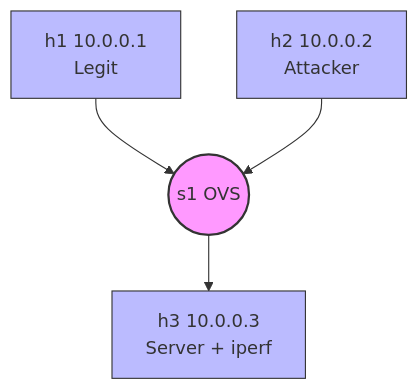
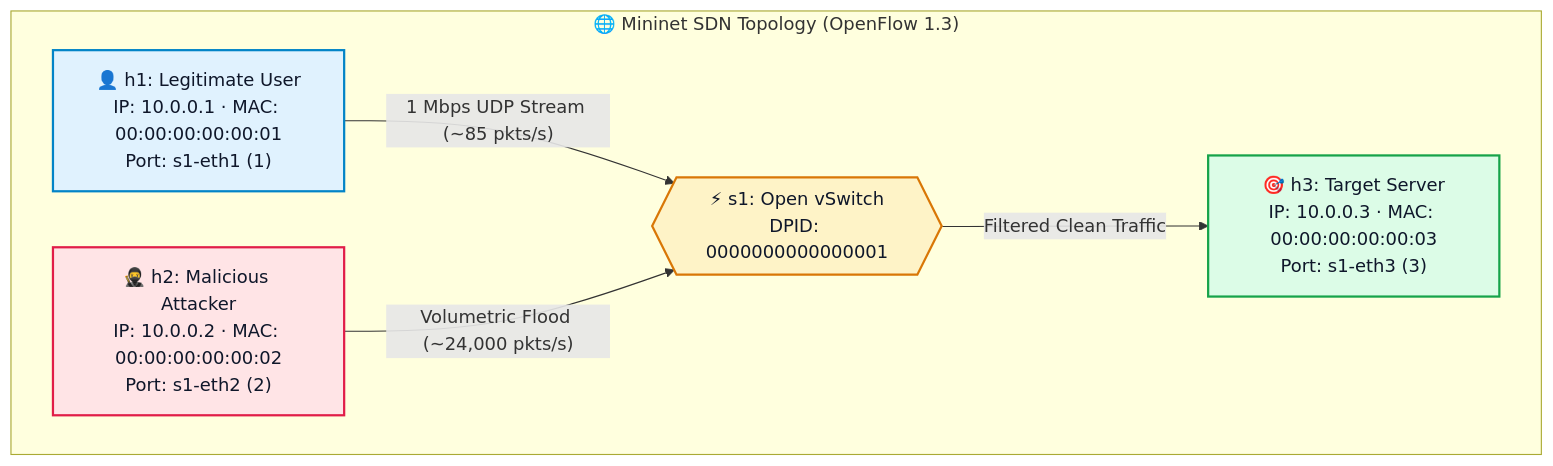
One commit to botvecna47/SDN-Based-DDoS-Mitigation changed the fourth of 6 diagrams in docs/ARCHITECTURE.md. Above: the diagram before and after it, drawn with Mermaid. The commit also changed other lines of this file and 45 other files, not shown here.

````diff
--- a/docs/ARCHITECTURE.md
+++ b/docs/ARCHITECTURE.md
@@ -82,12 +116,24 @@
 ```mermaid
 graph TB
-    s1((s1 OVS))
-    h1[h1 10.0.0.1\nLegit] --> s1
-    h2[h2 10.0.0.2\nAttacker] --> s1
-    s1 --> h3[h3 10.0.0.3\nServer + iperf]
-    
-    classDef switch fill:#f9f,stroke:#333,stroke-width:2px;
-    classDef host fill:#bbf,stroke:#333,stroke-width:1px;
+    subgraph MininetTopology["🌐 Mininet SDN Topology (OpenFlow 1.3)"]
+        s1{{"⚡ s1: Open vSwitch\nDPID: 0000000000000001"}}
+        
+        h1["👤 h1: Legitimate User\nIP: 10.0.0.1 · MAC: 00:00:00:00:00:01\nPort: s1-eth1 (1)"]
+        h2["🥷 h2: Malicious Attacker\nIP: 10.0.0.2 · MAC: 00:00:00:00:00:02\nPort: s1-eth2 (2)"]
+        h3["🎯 h3: Target Server\nIP: 10.0.0.3 · MAC: 00:00:00:00:00:03\nPort: s1-eth3 (3)"]
+
+        h1 -->|"1 Mbps UDP Stream (~85 pkts/s)"| s1
+        h2 -->|"Volumetric Flood (~24,000 pkts/s)"| s1
+        s1 -->|"Filtered Clean Traffic"| h3
+    end
+
+    classDef switch fill:#fef3c7,stroke:#d97706,stroke-width:2px,color:#0f172a;
+    classDef legit fill:#e0f2fe,stroke:#0284c7,stroke-width:2px,color:#0f172a;
+    classDef attack fill:#ffe4e6,stroke:#e11d48,stroke-width:2px,color:#0f172a;
+    classDef server fill:#dcfce7,stroke:#16a34a,stroke-width:2px,color:#0f172a;
+
     class s1 switch;
-    class h1,h2,h3 host;
+    class h1 legit;
+    class h2 attack;
+    class h3 server;
 ```
````
